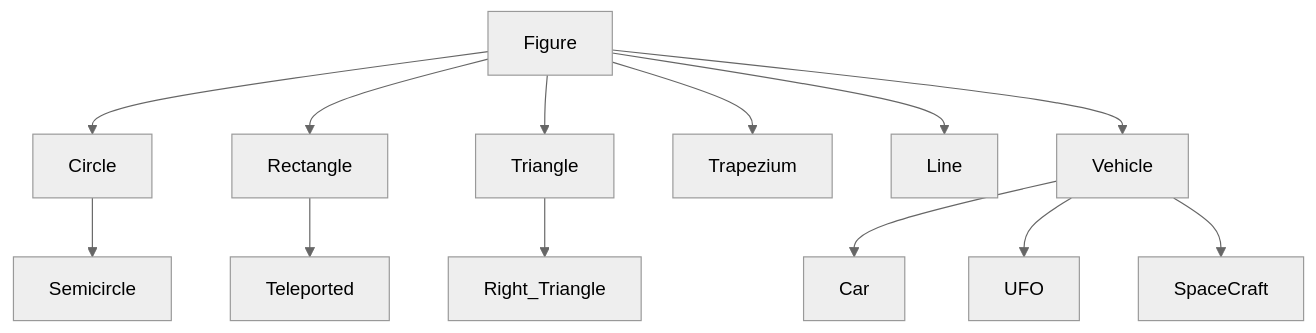
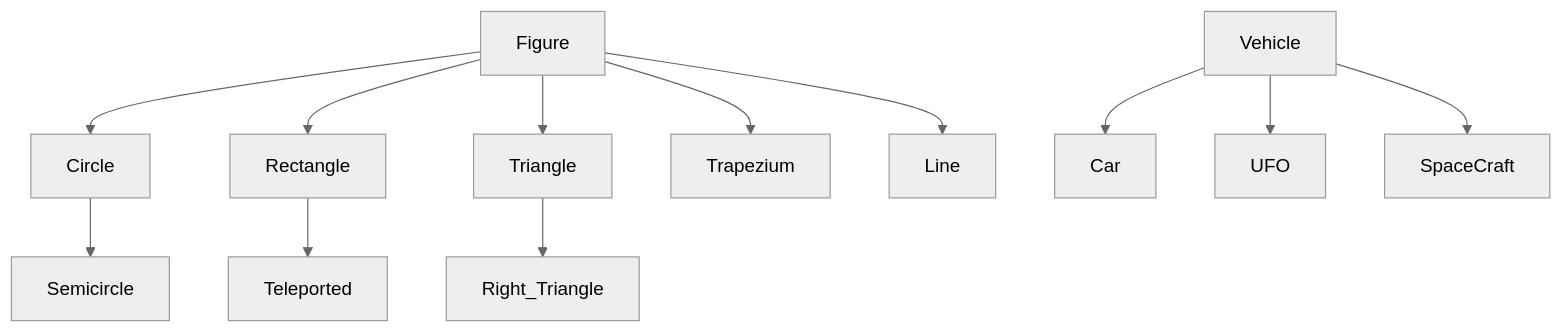
Before and after one commit to FuFutheBest/Animation_of_interstellar_parking_lot: the diagram in README.md, drawn with Mermaid (neutral theme). The commit also changed 2 other files, not shown here.

````diff
--- a/README.md
+++ b/README.md
@@ -5,15 +5,14 @@
 ```mermaid
 graph TB
     Figure --> Circle
     Circle --> Semicircle
     Figure --> Rectangle
     Rectangle --> Teleported
     Figure --> Triangle
     Triangle --> Right_Triangle
     Figure --> Trapezium
     Figure --> Line
-    Figure --> Vehicle
     Vehicle --> Car
     Vehicle --> UFO
     Vehicle --> SpaceCraft
 ```
````
